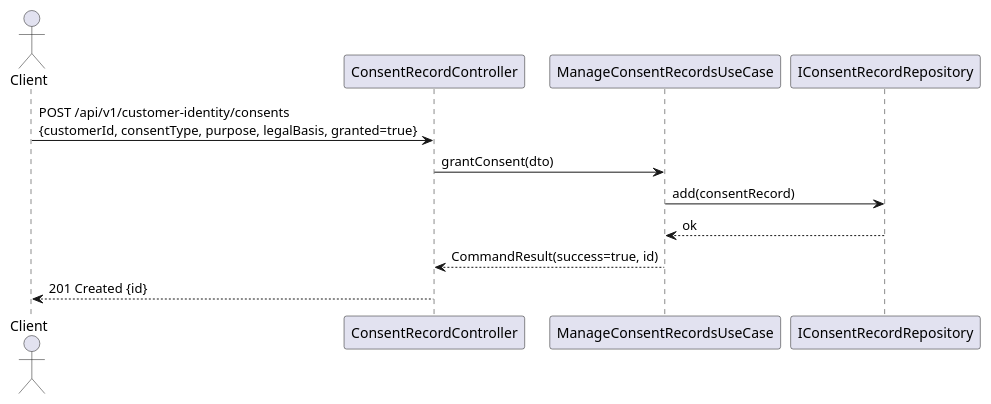
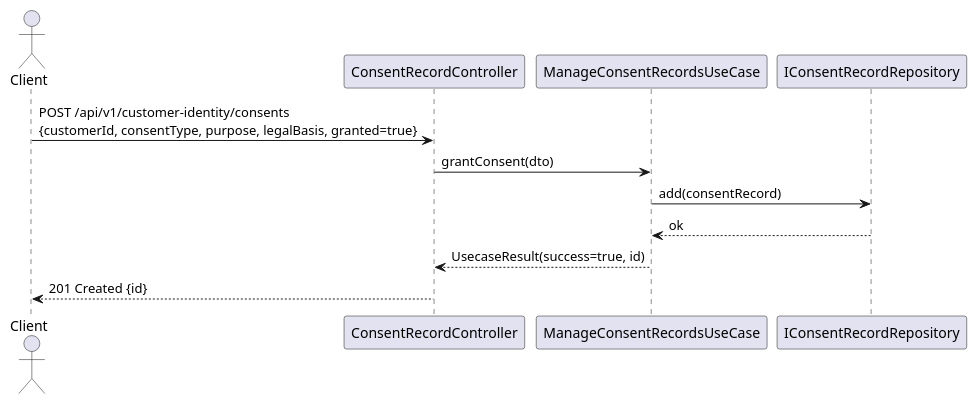
One commit to UIMSolutions/uim-platform changed the fourth of 5 diagrams in customer-identity/UML.md. Above: the diagram before and after it, drawn with PlantUML. The commit also changed other lines of this file and 907 other files, not shown here.

Commit message:
Rename CommandResult

````diff
--- a/customer-identity/UML.md
+++ b/customer-identity/UML.md
@@ -208,17 +208,17 @@
 ```plantuml
 @startuml Consent_Flow
 
 actor Client
 participant "ConsentRecordController" as CRC
 participant "ManageConsentRecordsUseCase" as UC
 participant "IConsentRecordRepository" as Repo
 
 Client -> CRC : POST /api/v1/customer-identity/consents\n{customerId, consentType, purpose, legalBasis, granted=true}
 CRC -> UC : grantConsent(dto)
 UC -> Repo : add(consentRecord)
 Repo --> UC : ok
-UC --> CRC : CommandResult(success=true, id)
+UC --> CRC : UsecaseResult(success=true, id)
 CRC --> Client : 201 Created {id}
 
 @enduml
 ```
````
